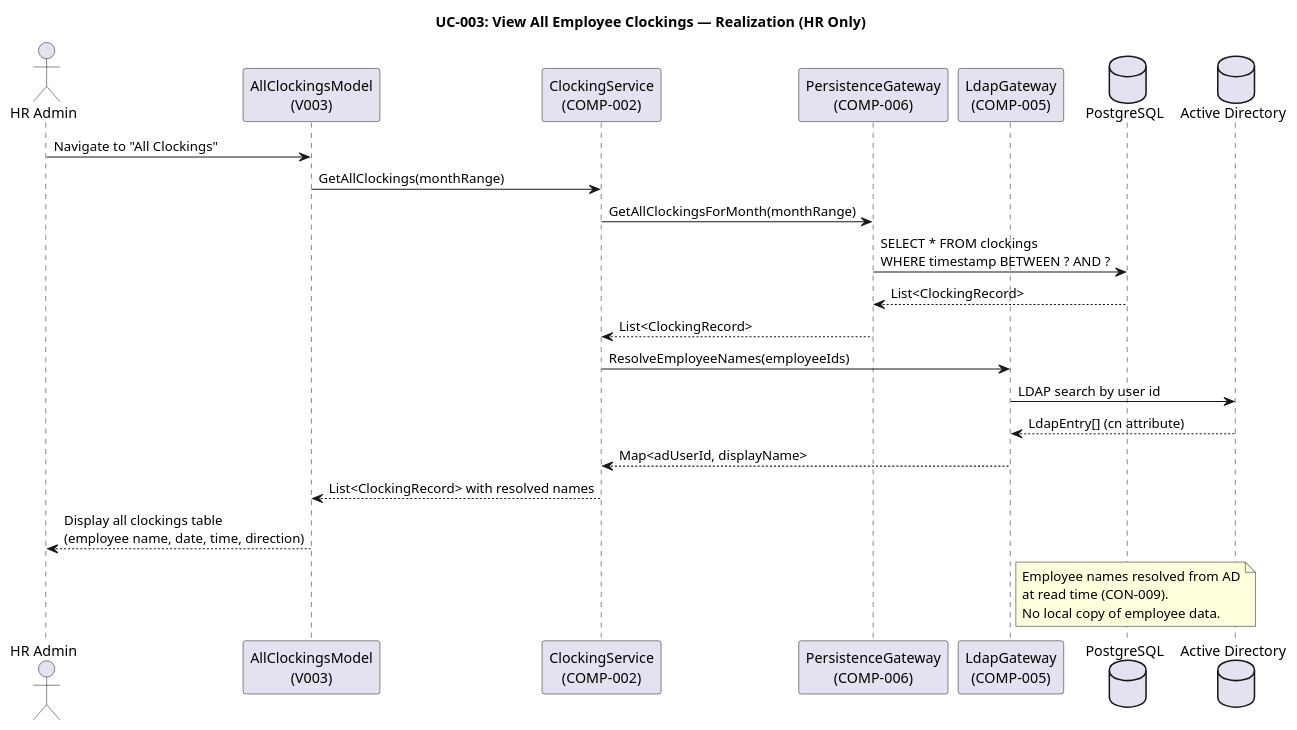
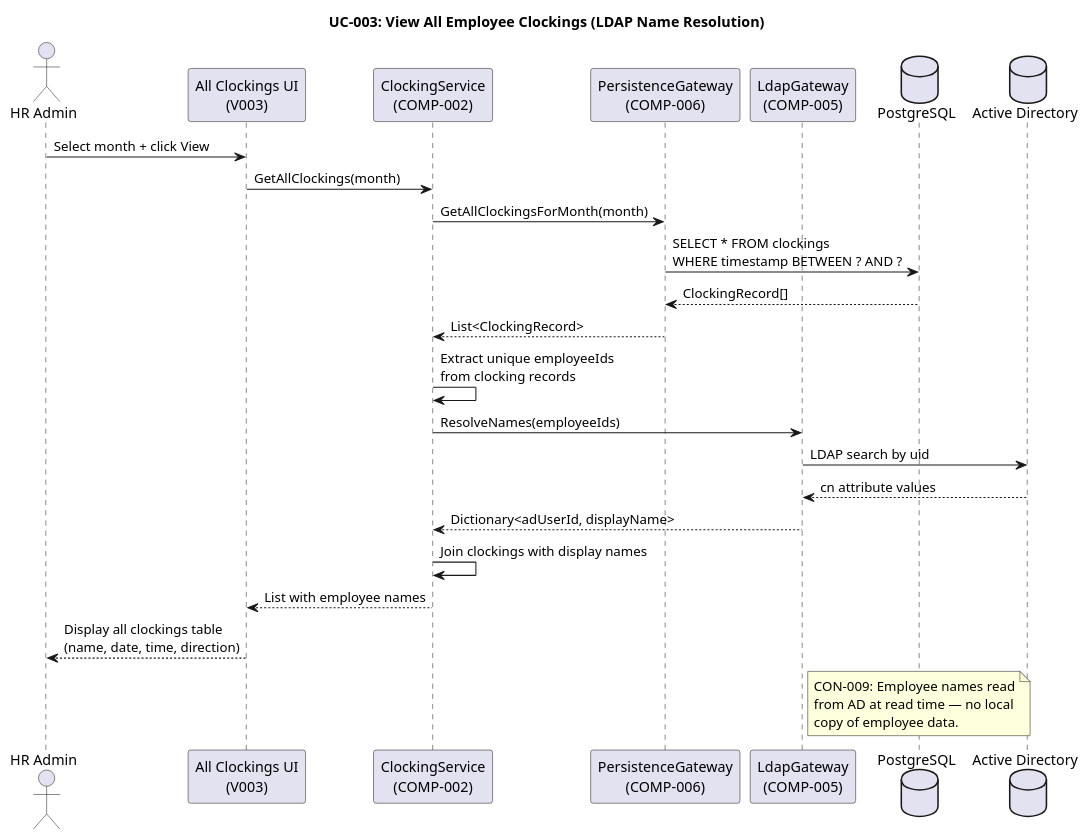
One commit to banense-test/portal-cuba-corp changed the fourth of 28 diagrams in docs/artifacts/analysis---design/design-model.md. Above: the diagram before and after it, drawn with PlantUML. The commit also changed other lines of this file, not shown here.

First line of the commit message:
Designer [E2]: upsert Design Model

````diff
--- a/docs/artifacts/analysis---design/design-model.md
+++ b/docs/artifacts/analysis---design/design-model.md
@@ -350,35 +341,37 @@
 ```plantuml
 @startuml
-title UC-003: View All Employee Clockings — Realization (HR Only)
+title UC-003: View All Employee Clockings (LDAP Name Resolution)
 
 actor "HR Admin" as HR
-participant "AllClockingsModel\n(V003)" as UI
+participant "All Clockings UI\n(V003)" as UI
 participant "ClockingService\n(COMP-002)" as SVC
 participant "PersistenceGateway\n(COMP-006)" as DB
 participant "LdapGateway\n(COMP-005)" as LDAP
 database "PostgreSQL" as PG
 database "Active Directory" as AD
 
-HR -> UI : Navigate to "All Clockings"
-UI -> SVC : GetAllClockings(monthRange)
-SVC -> DB : GetAllClockingsForMonth(monthRange)
+HR -> UI : Select month + click View
+UI -> SVC : GetAllClockings(month)
+SVC -> DB : GetAllClockingsForMonth(month)
 DB -> PG : SELECT * FROM clockings\nWHERE timestamp BETWEEN ? AND ?
-PG --> DB : List<ClockingRecord>
+PG --> DB : ClockingRecord[]
 DB --> SVC : List<ClockingRecord>
 
-SVC -> LDAP : ResolveEmployeeNames(employeeIds)
-LDAP -> AD : LDAP search by user id
-AD --> LDAP : LdapEntry[] (cn attribute)
-LDAP --> SVC : Map<adUserId, displayName>
+SVC -> SVC : Extract unique employeeIds\nfrom clocking records
+SVC -> LDAP : ResolveNames(employeeIds)
+LDAP -> AD : LDAP search by uid
+AD --> LDAP : cn attribute values
+LDAP --> SVC : Dictionary<adUserId, displayName>
 
-SVC --> UI : List<ClockingRecord> with resolved names
-UI --> HR : Display all clockings table\n(employee name, date, time, direction)
+SVC -> SVC : Join clockings with display names
+SVC --> UI : List with employee names
+UI --> HR : Display all clockings table\n(name, date, time, direction)
 
 note right of LDAP
-  Employee names resolved from AD
-  at read time (CON-009).
-  No local copy of employee data.
+  CON-009: Employee names read
+  from AD at read time — no local
+  copy of employee data.
 end note
 
 @enduml
 ```
````
